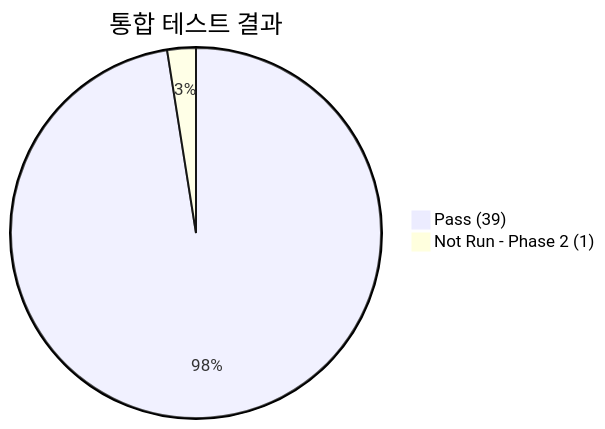
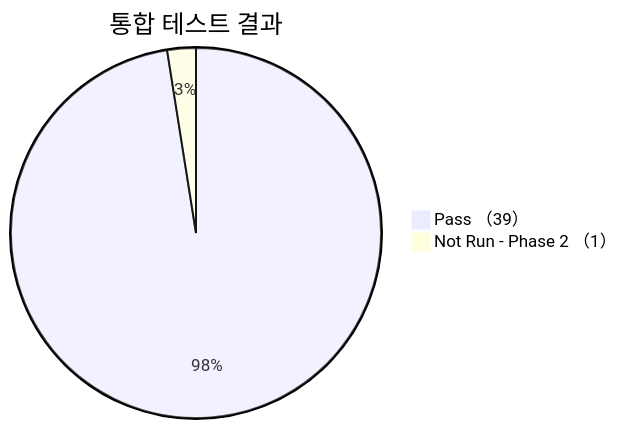
The diagram in docs/testing/DOC-023_ITReport_v1.0.md (holee9/console-gui), drawn with Mermaid before and after one commit. The commit also changed 19 other files, not shown here.

First line of the commit message:
fix: quadrantChart/pie/timeline 등 비flowchart 차트 파싱 오류 전면 수정

````diff
--- a/docs/testing/DOC-023_ITReport_v1.0.md
+++ b/docs/testing/DOC-023_ITReport_v1.0.md
@@ -45,5 +45,5 @@
 ```mermaid
 pie title 통합 테스트 결과
-    "Pass (39)" : 39
-    "Not Run - Phase 2 (1)" : 1
+    "Pass （39）" : 39
+    "Not Run - Phase 2 （1）" : 1
 ```
````
